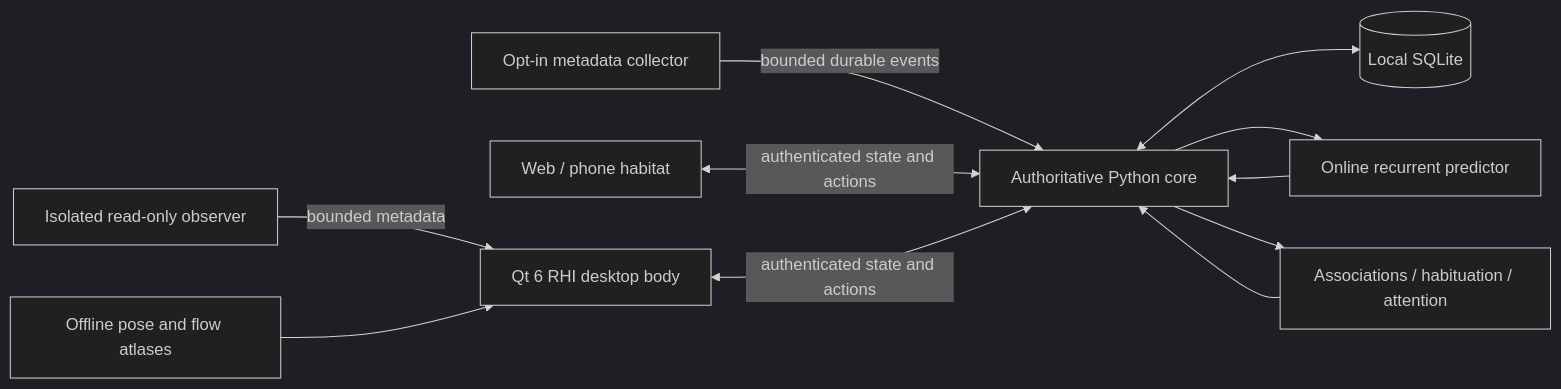
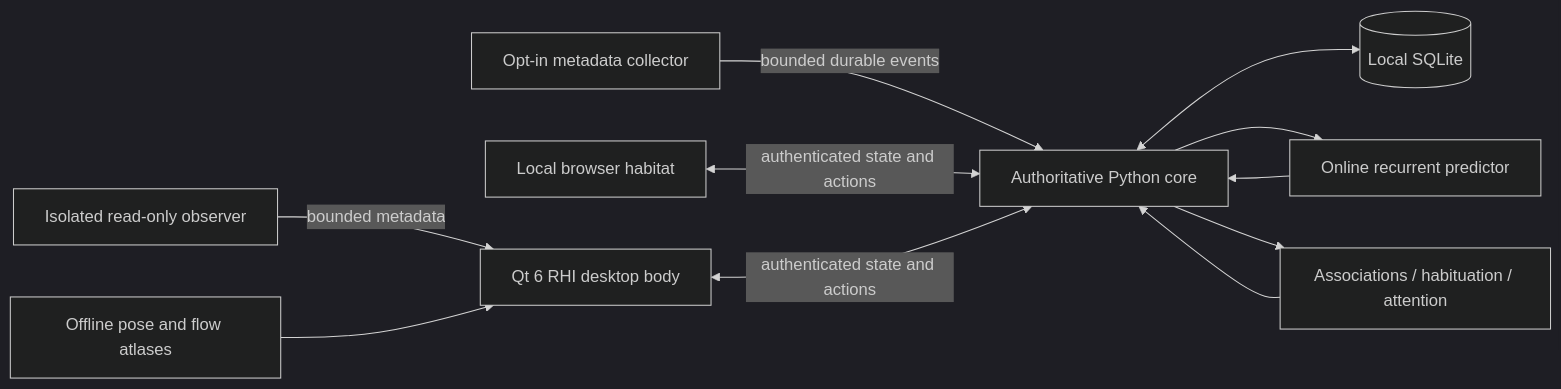
One commit to Esemianczuk/Terminus changed the diagram in docs/ARCHITECTURE.md. Above: the diagram before and after it, drawn with Mermaid (dark theme). The commit also changed other lines of this file and 43 other files, not shown here.

````diff
--- a/docs/ARCHITECTURE.md
+++ b/docs/ARCHITECTURE.md
@@ -3,13 +3,13 @@
 ```mermaid
 flowchart LR
   A[Opt-in metadata collector] -->|bounded durable events| C[Authoritative Python core]
-  W[Web / phone habitat] <-->|authenticated state and actions| C
+  W[Local browser habitat] <-->|authenticated state and actions| C
   D[Qt 6 RHI desktop body] <-->|authenticated state and actions| C
   O[Isolated read-only observer] -->|bounded metadata| D
   T[Offline pose and flow atlases] --> D
   C <--> S[(Local SQLite)]
   C --> R[Online recurrent predictor]
   R --> C
   C --> G[Associations / habituation / attention]
   G --> C
 ```
````
